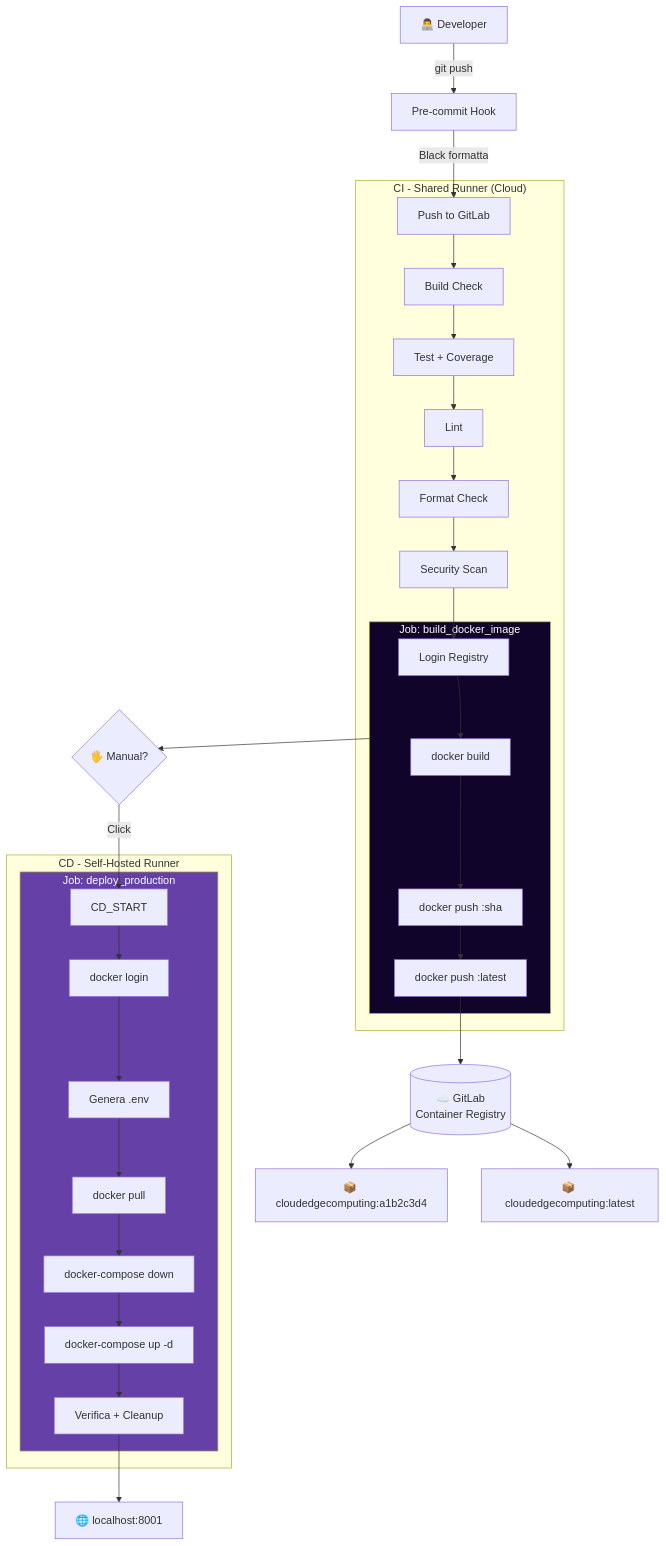
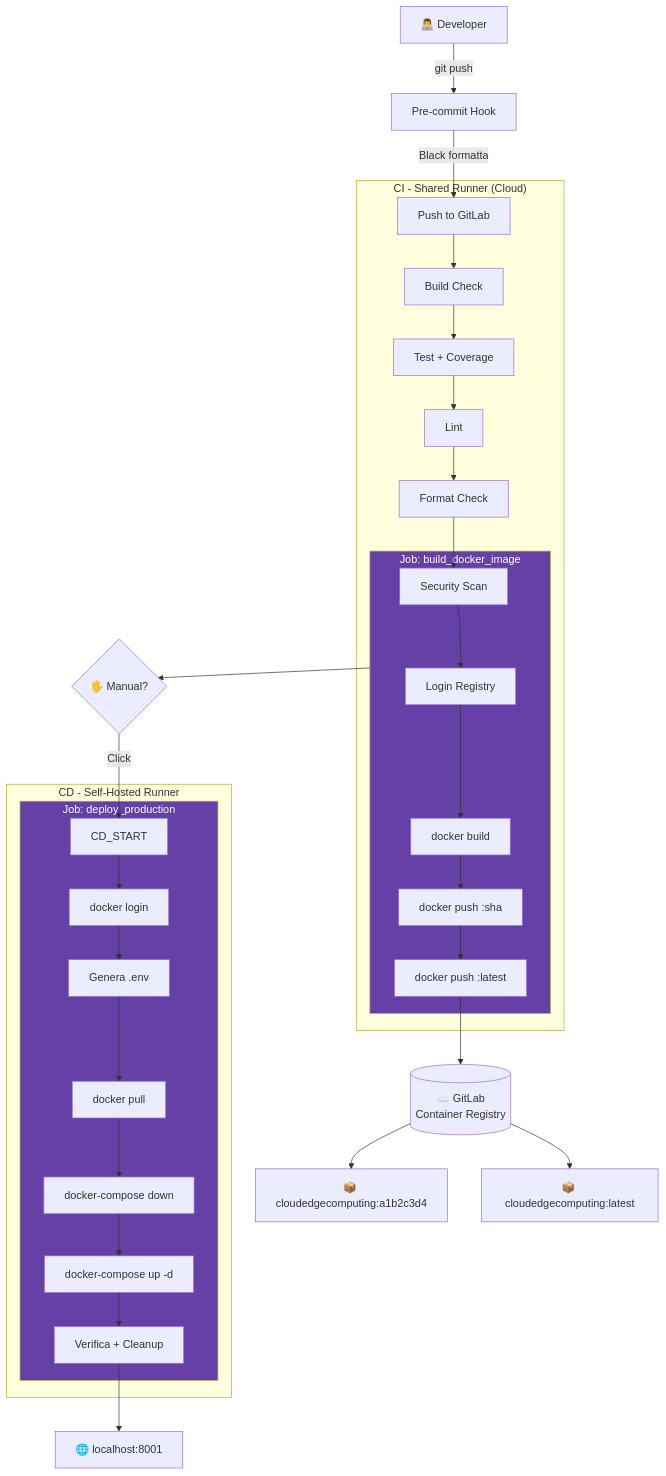
Diagram 24 of 25 in appunti.md (lucadileo9/dev-experiments), drawn with Mermaid before and after one commit. The commit also changed other lines of this file, not shown here.

````diff
--- a/appunti.md
+++ b/appunti.md
@@ -2542,44 +2820,44 @@
 ```mermaid
 flowchart TD
     DEV["👨‍💻 Developer"] -->|git push| PRE["Pre-commit Hook"]
     PRE -->|"Black formatta"| GL_PUSH["Push to GitLab"]
     
     subgraph CI["CI - Shared Runner (Cloud)"]
         GL_PUSH --> CI_BUILD["Build Check"]
         CI_BUILD --> CI_TEST["Test + Coverage"]
         CI_TEST --> CI_LINT["Lint"]
         CI_LINT --> CI_FORMAT["Format Check"]
         CI_FORMAT --> CI_SEC["Security Scan"]
-        CI_SEC --> REG_LOGIN[Login Registry]
-
+        
         subgraph PackageJob["Job: build_docker_image"]
+            CI_SEC --> REG_LOGIN[Login Registry]
             REG_LOGIN --> DK_BUILD[docker build]
             DK_BUILD --> DK_PUSH_SHA[docker push :sha]
             DK_PUSH_SHA --> DK_PUSH_LATEST[docker push :latest]
         end
     end
     
     DK_PUSH_LATEST --> REGISTRY[("☁️ GitLab<br/>Container Registry")]
     
     REGISTRY --> IMG_SHA["📦 cloudedgecomputing:a1b2c3d4"]
     REGISTRY --> IMG_LATEST["📦 cloudedgecomputing:latest"]    
     
     PackageJob --> MANUAL_TRIGGER{"🖐️ Manual?"}
     MANUAL_TRIGGER -->|"Click"| CD_START
     
     subgraph Deploy["CD - Self-Hosted Runner"]
       subgraph S["Job: deploy_production"]
         CD_START --> CD_LOGIN["docker login"]
         CD_LOGIN --> CD_ENV["Genera .env"]
         CD_ENV --> CD_PULL["docker pull"]
         CD_PULL --> CD_DOWN["docker-compose down"]
         CD_DOWN --> CD_UP["docker-compose up -d"]
         CD_UP --> CD_VERIFY["Verifica + Cleanup"]
         end
     end
     
     CD_VERIFY --> FINAL_URL["🌐 localhost:8001"]
 
     style S fill: #6440a7, color: #fff
-    style PackageJob fill: #11042a, color: #fff
+    style PackageJob fill: #6440a7, color: #fff
 ```
````
